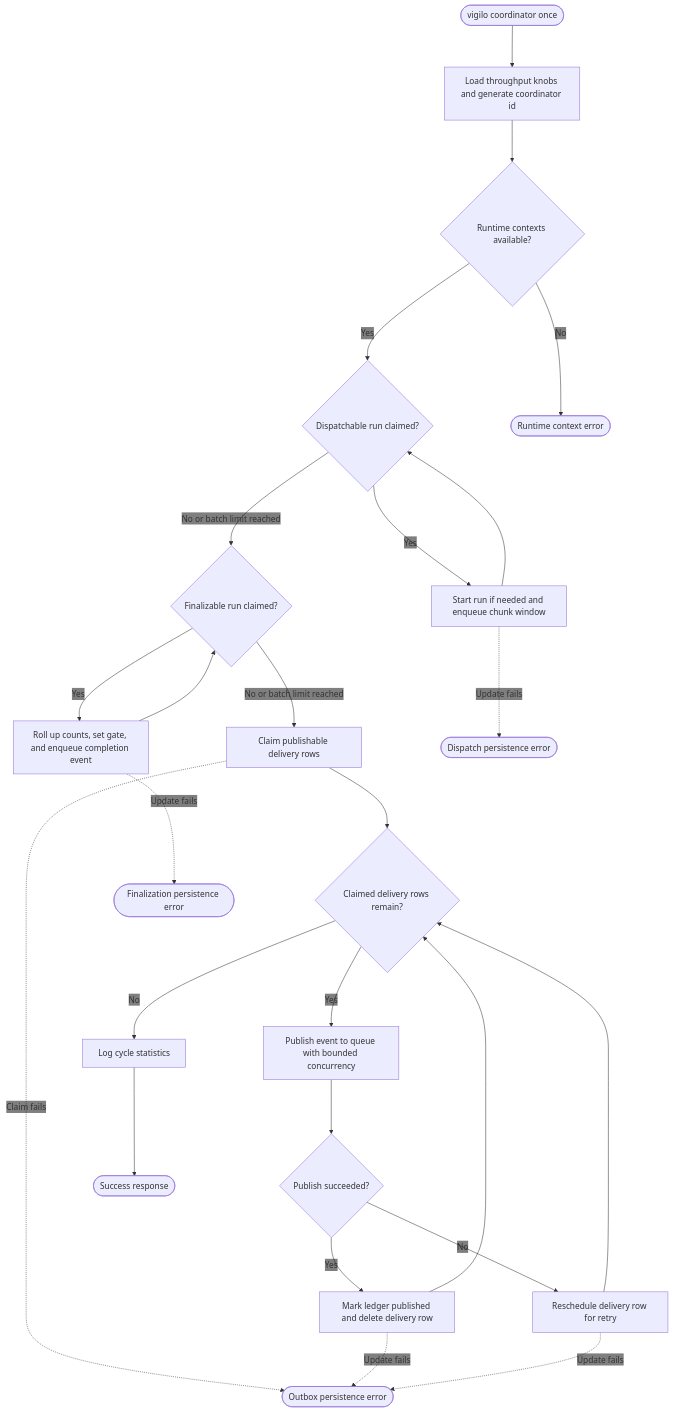
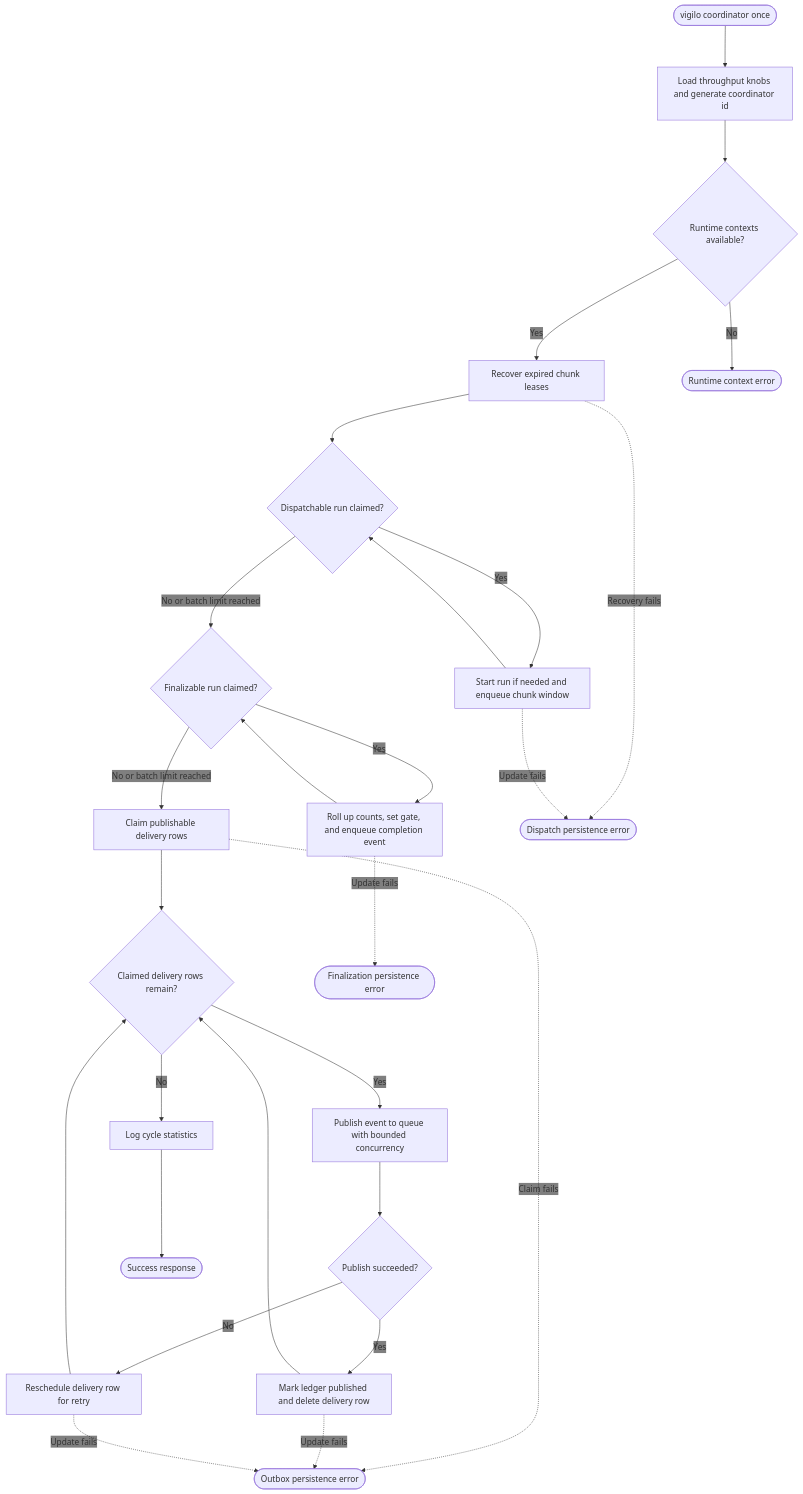
Before and after one commit to gregl83/agent-vigilo: the diagram in web/docs/architecture/flows/coordinator/once/decision-flow.mmd, drawn with Mermaid. The commit also changed 16 other files, not shown here.

Commit message:
add crdtr handling for expired chunk leases

```diff
--- a/web/docs/architecture/flows/coordinator/once/decision-flow.mmd
+++ b/web/docs/architecture/flows/coordinator/once/decision-flow.mmd
@@ -1,74 +1,78 @@
 ---
 config:
   flowchart:
     nodeSpacing: 150
     rankSpacing: 80
   themeVariables:
     edgeLabelBackground: 'transparent'
 ---
 flowchart TD
     Start([vigilo coordinator once])
 
     CoordinatorId[Load throughput knobs and generate coordinator id]
     Contexts{Runtime contexts available?}
+    Recover[Recover expired chunk leases]
     DispatchClaim{Dispatchable run claimed?}
     DispatchRun[Start run if needed and enqueue chunk window]
     FinalizeClaim{Finalizable run claimed?}
     FinalizeRun[Roll up counts, set gate, and enqueue completion event]
     ClaimOutbox[Claim publishable delivery rows]
     Events{Claimed delivery rows remain?}
     Publish[Publish event to queue with bounded concurrency]
     PublishResult{Publish succeeded?}
     MarkPublished[Mark ledger published and delete delivery row]
     Reschedule[Reschedule delivery row for retry]
     Stats[Log cycle statistics]
 
     Success([Success response])
 
     ContextFail([Runtime context error])
     DispatchFail([Dispatch persistence error])
     FinalizeFail([Finalization persistence error])
     OutboxFail([Outbox persistence error])
 
     Start --> CoordinatorId
     CoordinatorId --> Contexts
 
     Contexts -- No --> ContextFail
-    Contexts -- Yes --> DispatchClaim
+    Contexts -- Yes --> Recover
+
+    Recover --> DispatchClaim
+    Recover -. Recovery fails .-> DispatchFail
 
     DispatchClaim -- Yes --> DispatchRun
     DispatchClaim -- No or batch limit reached --> FinalizeClaim
 
     DispatchRun --> DispatchClaim
     DispatchRun -. Update fails .-> DispatchFail
 
     FinalizeClaim -- Yes --> FinalizeRun
     FinalizeClaim -- No or batch limit reached --> ClaimOutbox
 
     FinalizeRun --> FinalizeClaim
     FinalizeRun -. Update fails .-> FinalizeFail
 
     ClaimOutbox --> Events
     ClaimOutbox -. Claim fails .-> OutboxFail
 
     Events -- Yes --> Publish
     Events -- No --> Stats
 
     Publish --> PublishResult
 
     PublishResult -- Yes --> MarkPublished
     PublishResult -- No --> Reschedule
 
     MarkPublished --> Events
     MarkPublished -. Update fails .-> OutboxFail
 
     Reschedule --> Events
     Reschedule -. Update fails .-> OutboxFail
 
     Stats --> Success
 
     class Start command
     class Success success
-    class CoordinatorId,Contexts,DispatchClaim,DispatchRun,FinalizeClaim,FinalizeRun,ClaimOutbox,Events,PublishResult,MarkPublished,Reschedule,Stats system
+    class CoordinatorId,Contexts,Recover,DispatchClaim,DispatchRun,FinalizeClaim,FinalizeRun,ClaimOutbox,Events,PublishResult,MarkPublished,Reschedule,Stats system
     class Publish component
     class ContextFail,DispatchFail,FinalizeFail,OutboxFail error
```
